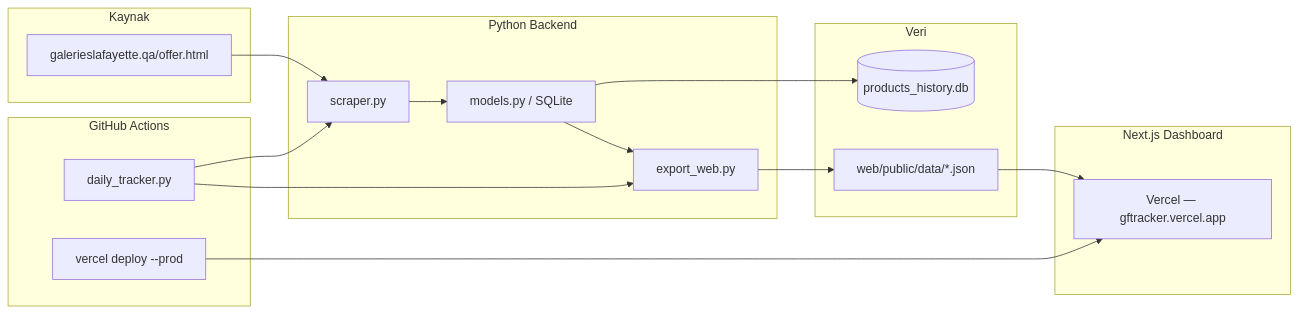
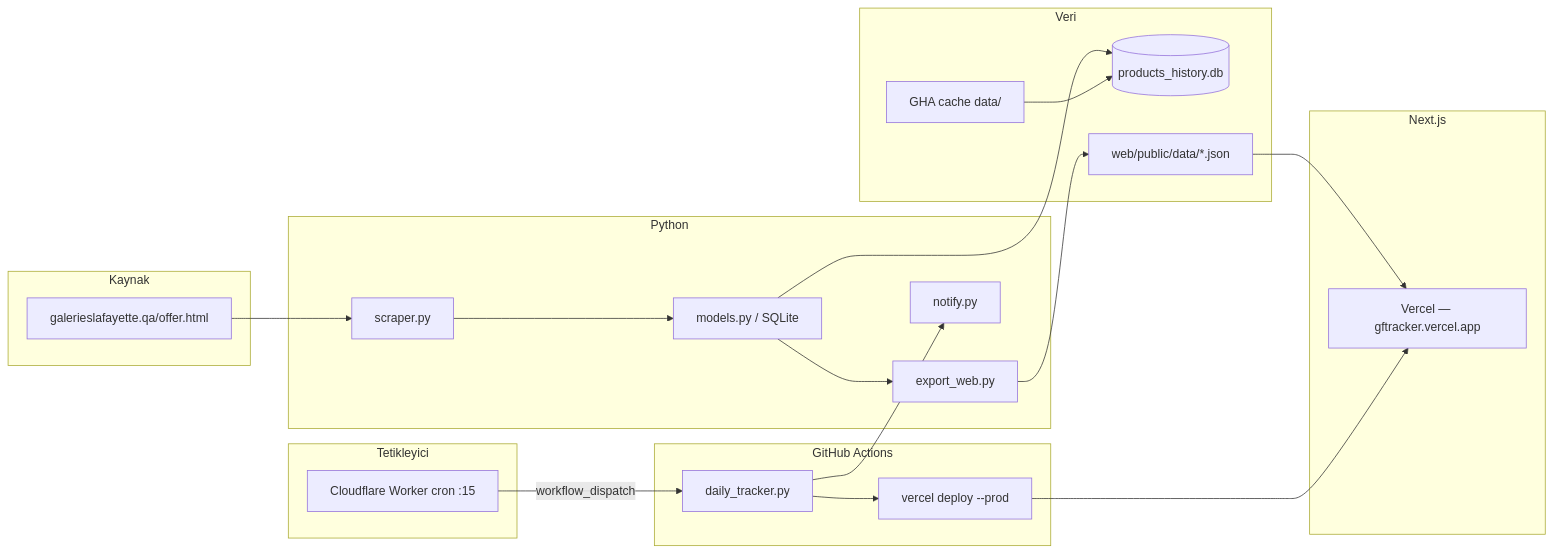
The diagram in SYSTEM.md (mustafaozcaninfo/gftracker), drawn with Mermaid before and after one commit. The commit also changed other lines of this file and 74 other files, not shown here.

````diff
--- a/SYSTEM.md
+++ b/SYSTEM.md
@@ -22,36 +24,40 @@
 ```mermaid
 flowchart LR
+    subgraph trigger [Tetikleyici]
+        CF[Cloudflare Worker cron :15]
+    end
+
     subgraph kaynak [Kaynak]
         GL[galerieslafayette.qa/offer.html]
     end
 
-    subgraph python [Python Backend]
+    subgraph python [Python]
         S[scraper.py]
         M[models.py / SQLite]
         E[export_web.py]
+        N[notify.py]
     end
 
     subgraph veri [Veri]
         DB[(products_history.db)]
+        CACHE[GHA cache data/]
         JSON[web/public/data/*.json]
     end
 
-    subgraph web [Next.js Dashboard]
+    subgraph web [Next.js]
         UI[Vercel — gftracker.vercel.app]
     end
 
     subgraph ci [GitHub Actions]
         DT[daily_tracker.py]
         VD[vercel deploy --prod]
     end
 
-    GL --> S
-    S --> M
-    M --> DB
-    M --> E
-    E --> JSON
+    CF -->|workflow_dispatch| DT
+    GL --> S --> M --> DB
+    CACHE --> DB
+    M --> E --> JSON
+    DT --> N
     JSON --> UI
-    DT --> S
-    DT --> E
-    VD --> UI
+    DT --> VD --> UI
 ```
````
